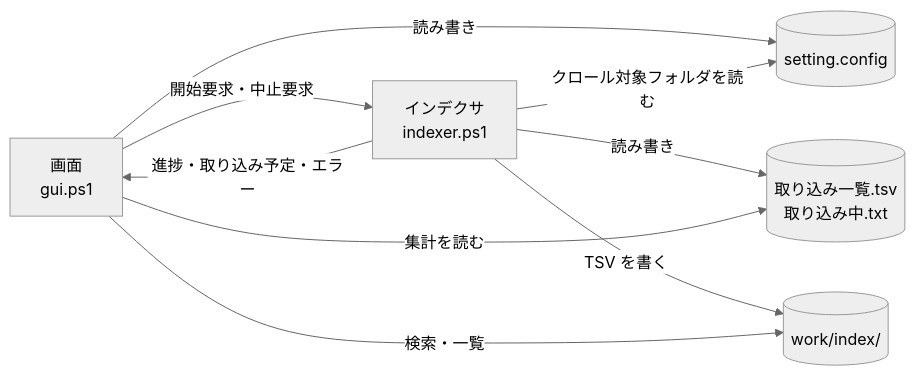
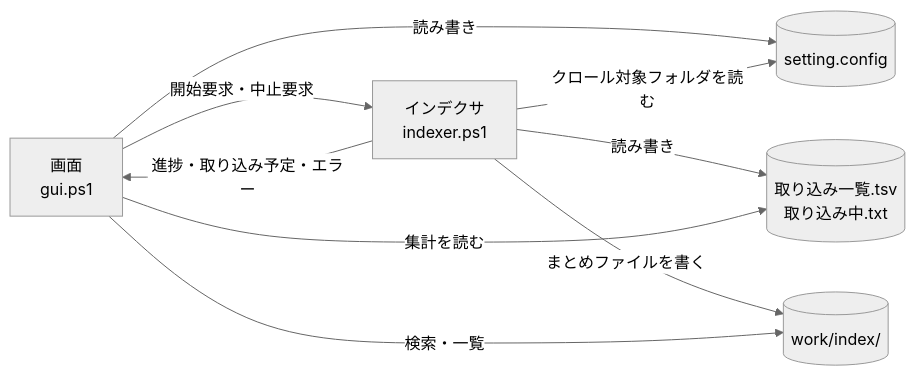
Before and after one commit to hsgwa/tebunko: the first of 2 diagrams in docs/00_共通_1_フォルダ構成と設定ファイル.md, drawn with Mermaid (neutral theme). The commit also changed other lines of this file and 49 other files, not shown here.

````diff
--- a/docs/00_共通_1_フォルダ構成と設定ファイル.md
+++ b/docs/00_共通_1_フォルダ構成と設定ファイル.md
@@ -105,16 +105,16 @@
 ```mermaid
 flowchart LR
     CFG[("setting.config")]
     GUI["画面<br>gui.ps1"]
     IDX["インデクサ<br>indexer.ps1"]
     ST[("取り込み一覧.tsv<br>取り込み中.txt")]
     IX[("work/index/")]
     GUI -- 読み書き --> CFG
     IDX -- クロール対象フォルダを読む --> CFG
     IDX -- 進捗・取り込み予定・エラー --> GUI
     GUI -- 開始要求・中止要求 --> IDX
     IDX -- 読み書き --> ST
-    IDX -- TSV を書く --> IX
+    IDX -- まとめファイルを書く --> IX
     GUI -- 検索・一覧 --> IX
     GUI -- 集計を読む --> ST
 ```
````
